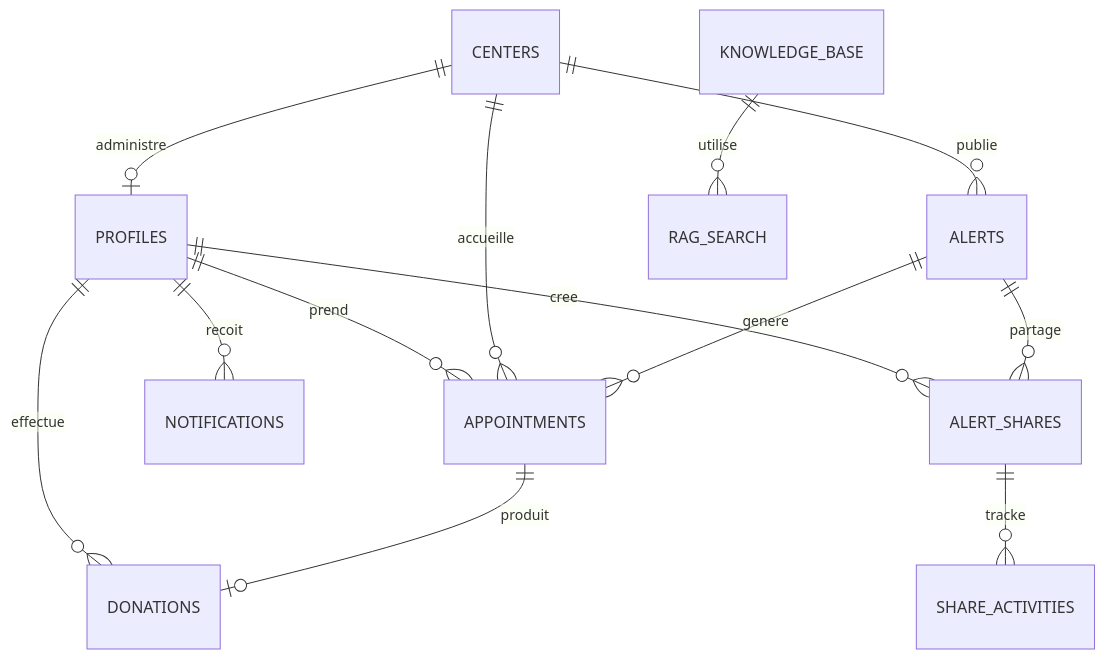
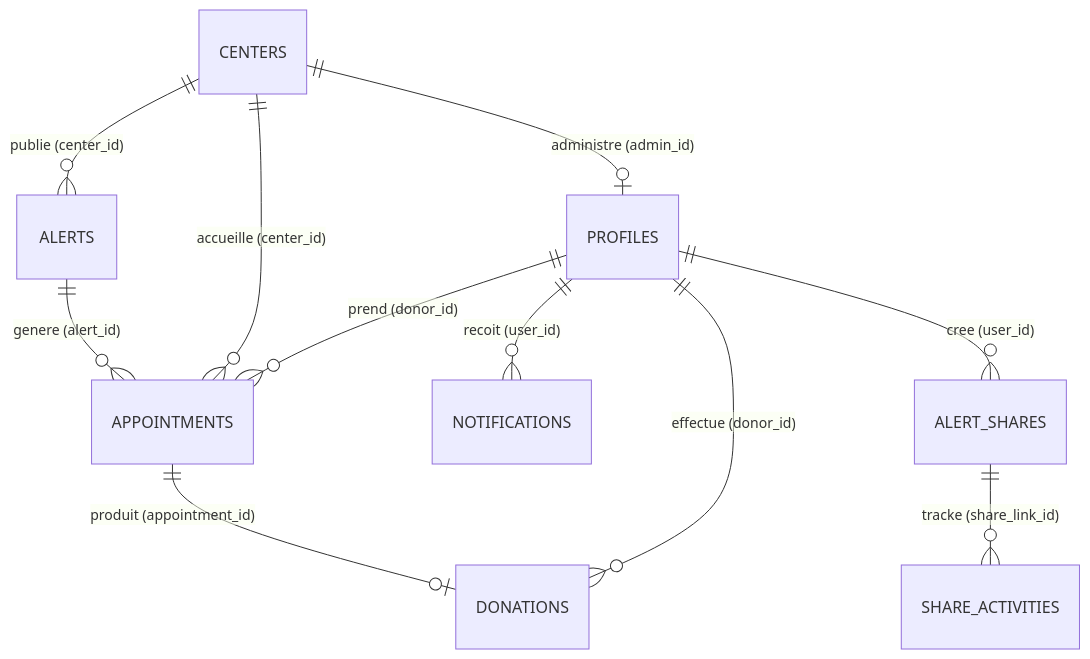
Before and after one commit to senmos26/bloodlink: the fourth of 5 diagrams in docs/CAHIER_DES_CHARGES_V2.md, drawn with Mermaid. The commit also changed other lines of this file and 1 other file, not shown here.

Commit message:
docs: update Cahier des charges V2 and Architecture docs with full app analysis and pg_net webhook flow

````diff
--- a/docs/CAHIER_DES_CHARGES_V2.md
+++ b/docs/CAHIER_DES_CHARGES_V2.md
@@ -473,15 +492,13 @@
 ```mermaid
 erDiagram
-    PROFILES ||--o{ APPOINTMENTS : prend
-    PROFILES ||--o{ DONATIONS : effectue
-    PROFILES ||--o{ NOTIFICATIONS : recoit
-    PROFILES ||--o{ ALERT_SHARES : cree
-    CENTERS ||--o| PROFILES : administre
-    CENTERS ||--o{ ALERTS : publie
-    CENTERS ||--o{ APPOINTMENTS : accueille
-    ALERTS ||--o{ APPOINTMENTS : genere
-    ALERTS ||--o{ ALERT_SHARES : partage
-    ALERT_SHARES ||--o{ SHARE_ACTIVITIES : tracke
-    APPOINTMENTS ||--o| DONATIONS : produit
-    KNOWLEDGE_BASE ||--o{ RAG_SEARCH : utilise
+    PROFILES ||--o{ APPOINTMENTS : "prend (donor_id)"
+    PROFILES ||--o{ DONATIONS : "effectue (donor_id)"
+    PROFILES ||--o{ NOTIFICATIONS : "recoit (user_id)"
+    PROFILES ||--o{ ALERT_SHARES : "cree (user_id)"
+    CENTERS ||--o| PROFILES : "administre (admin_id)"
+    CENTERS ||--o{ ALERTS : "publie (center_id)"
+    CENTERS ||--o{ APPOINTMENTS : "accueille (center_id)"
+    ALERTS ||--o{ APPOINTMENTS : "genere (alert_id)"
+    ALERT_SHARES ||--o{ SHARE_ACTIVITIES : "tracke (share_link_id)"
+    APPOINTMENTS ||--o| DONATIONS : "produit (appointment_id)"
 ```
````
